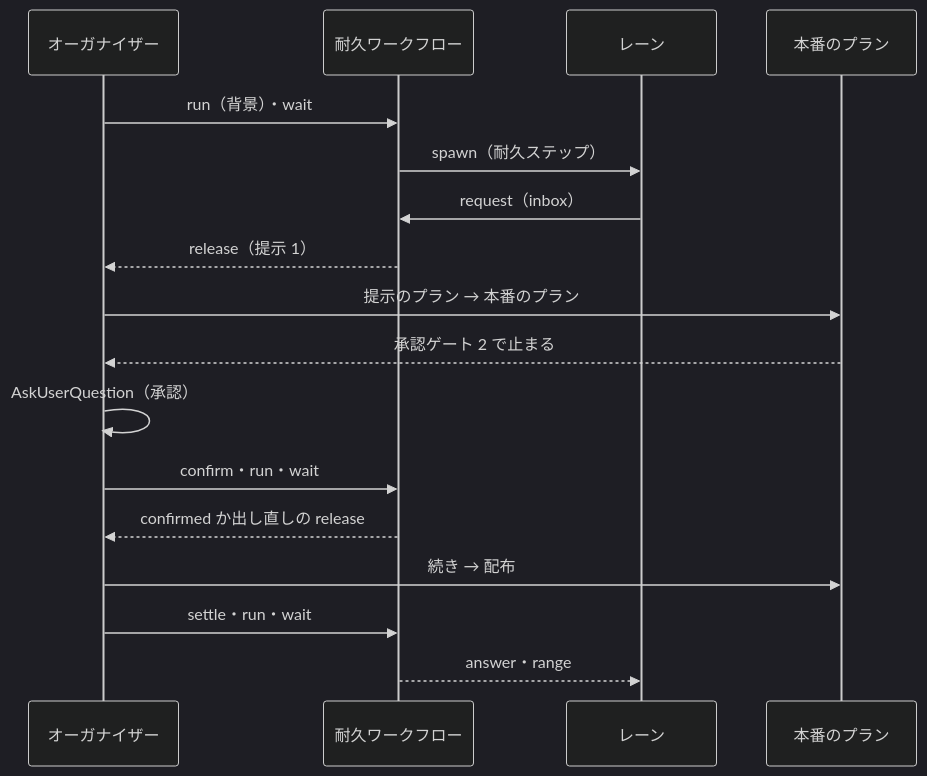
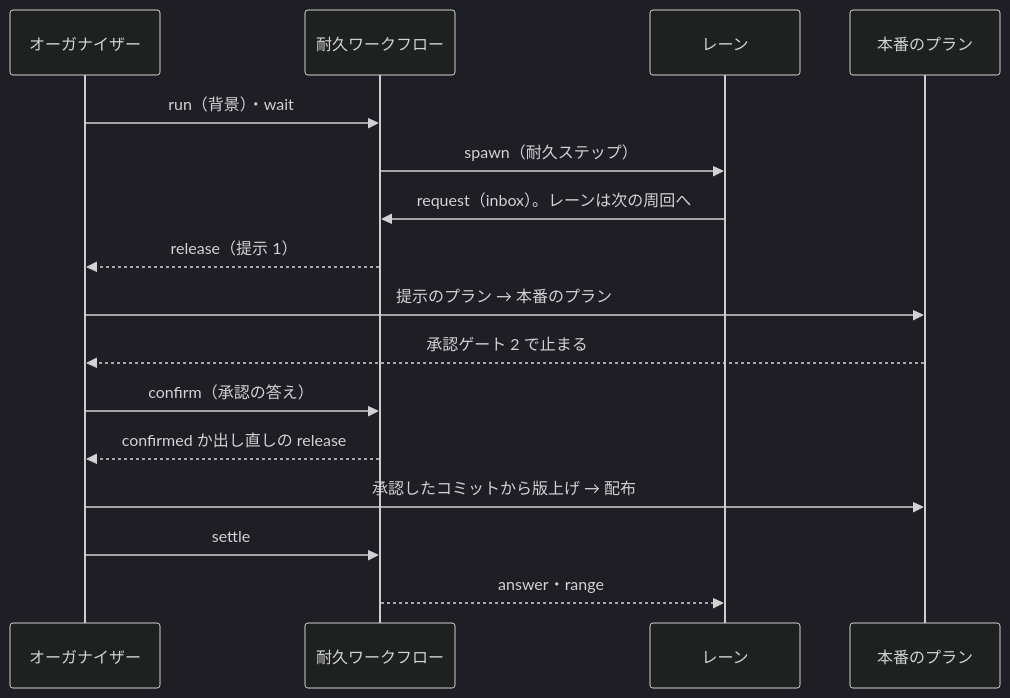
The fourth of 6 diagrams in issues/issue-2436-design.md (devbasex/ai-plugins), drawn with Mermaid (dark theme) before and after one commit. The commit also changed other lines of this file and 5 other files, not shown here.

````diff
--- a/issues/issue-2436-design.md
+++ b/issues/issue-2436-design.md
@@ -380,19 +400,18 @@
 ```mermaid
 sequenceDiagram
     participant O as オーガナイザー
     participant W as 耐久ワークフロー
     participant L as レーン
     participant Q as 本番のプラン
     O->>W: run（背景）・wait
     W->>L: spawn（耐久ステップ）
-    L->>W: request（inbox）
+    L->>W: request（inbox）。レーンは次の周回へ
     W-->>O: release（提示 1）
     O->>Q: 提示のプラン → 本番のプラン
     Q-->>O: 承認ゲート 2 で止まる
-    O->>O: AskUserQuestion（承認）
-    O->>W: confirm・run・wait
+    O->>W: confirm（承認の答え）
     W-->>O: confirmed か出し直しの release
-    O->>Q: 続き → 配布
-    O->>W: settle・run・wait
+    O->>Q: 承認したコミットから版上げ → 配布
+    O->>W: settle
     W-->>L: answer・range
 ```
````
